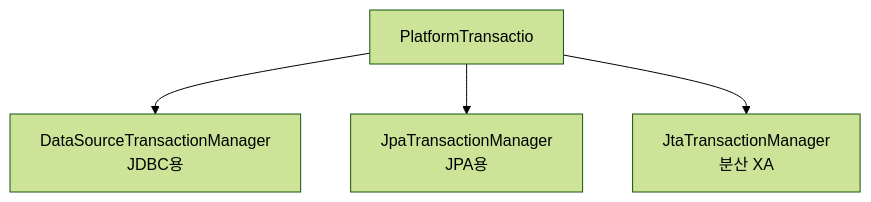
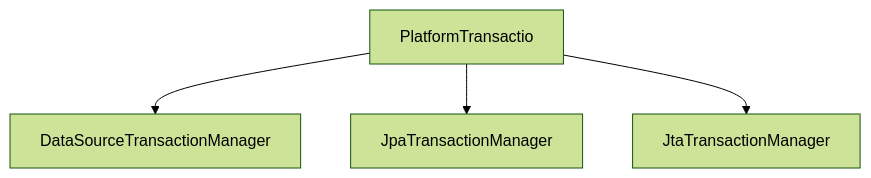
One commit to yjkim2015/yjkim2015.github.io changed the fifth of 11 diagrams in _posts/spring/2026-05-02-spring-db-1.md. Above: the diagram before and after it, drawn with Mermaid (forest theme). The commit also changed other lines of this file and 217 other files, not shown here.

First line of the commit message:
Mermaid 크기 수정: useMaxWidth:true + SVG max-width:100% + 라벨 축소

````diff
--- a/_posts/spring/2026-05-02-spring-db-1.md
+++ b/_posts/spring/2026-05-02-spring-db-1.md
@@ -294,7 +294,7 @@
 ```mermaid
 graph TD
     P["PlatformTransactio"]
-    P --> A[DataSourceTransactionManager\nJDBC용]
-    P --> B[JpaTransactionManager\nJPA용]
-    P --> C[JtaTransactionManager\n분산 XA]
+    P --> A[DataSourceTransactionManager]
+    P --> B[JpaTransactionManager]
+    P --> C[JtaTransactionManager]
 ```
````
